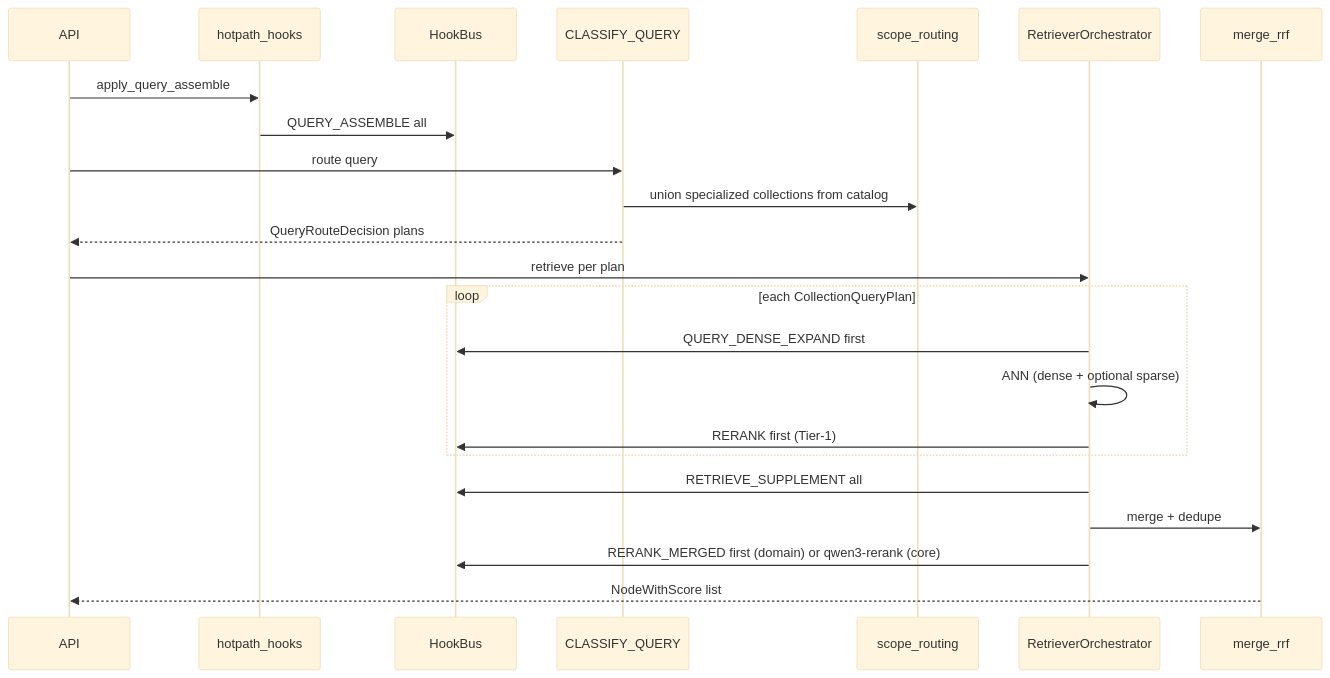
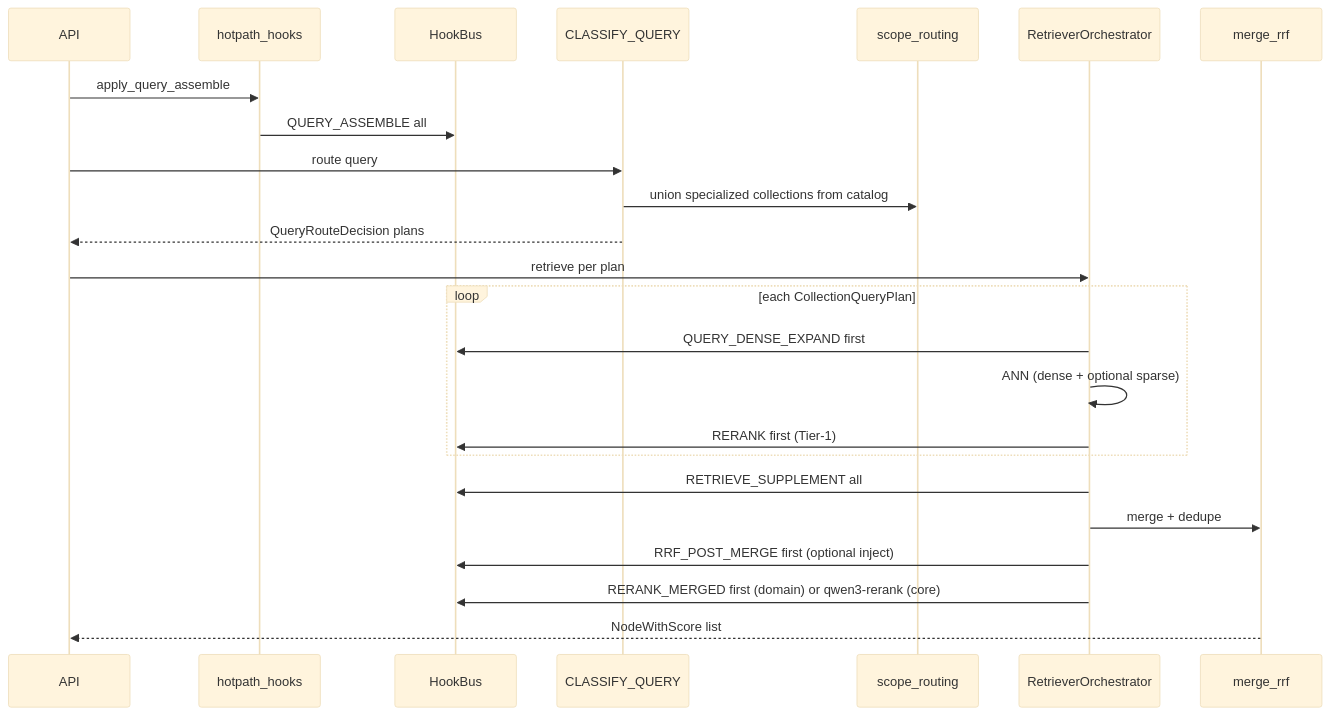
The fourth of 4 diagrams in docs/en/architecture/plugin-architecture.md (zhiweio/EagleRAG), drawn with Mermaid (base theme) before and after one commit. The commit also changed other lines of this file and 12 other files, not shown here.

Commit message:
feat: update biomed retrieval architecture and documentation

````diff
--- a/docs/en/architecture/plugin-architecture.md
+++ b/docs/en/architecture/plugin-architecture.md
@@ -290,26 +291,27 @@
 ```mermaid
 sequenceDiagram
   participant API
   participant HotPath as hotpath_hooks
   participant Bus as HookBus
   participant Class as CLASSIFY_QUERY
   participant Scope as scope_routing
   participant Orch as RetrieverOrchestrator
   participant RRF as merge_rrf
 
   API->>HotPath: apply_query_assemble
   HotPath->>Bus: QUERY_ASSEMBLE all
   API->>Class: route query
   Class->>Scope: union specialized collections from catalog
   Class-->>API: QueryRouteDecision plans
   API->>Orch: retrieve per plan
   loop each CollectionQueryPlan
     Orch->>Bus: QUERY_DENSE_EXPAND first
     Orch->>Orch: ANN (dense + optional sparse)
     Orch->>Bus: RERANK first (Tier-1)
   end
   Orch->>Bus: RETRIEVE_SUPPLEMENT all
   Orch->>RRF: merge + dedupe
+  Orch->>Bus: RRF_POST_MERGE first (optional inject)
   Orch->>Bus: RERANK_MERGED first (domain) or qwen3-rerank (core)
   RRF-->>API: NodeWithScore list
 ```
````
